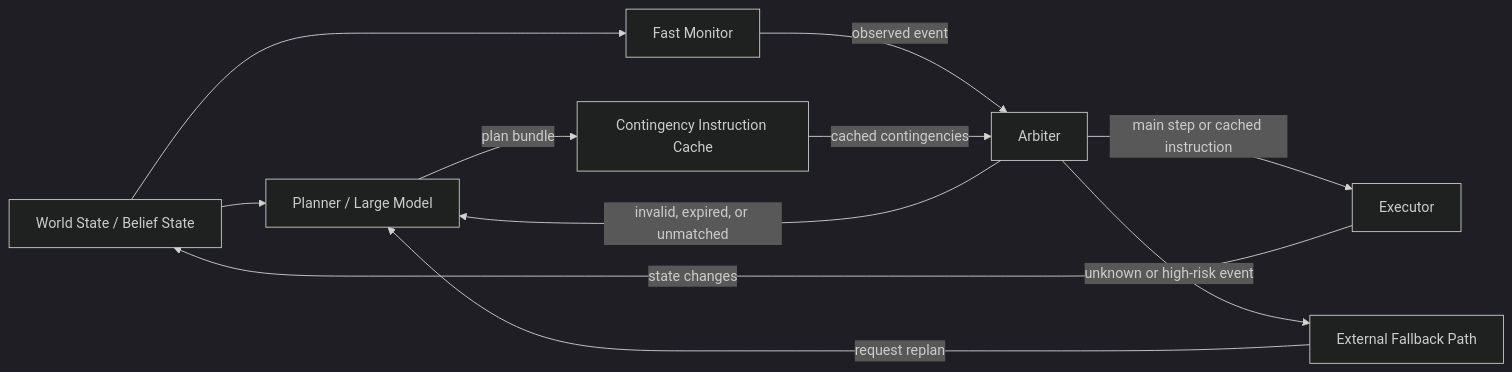
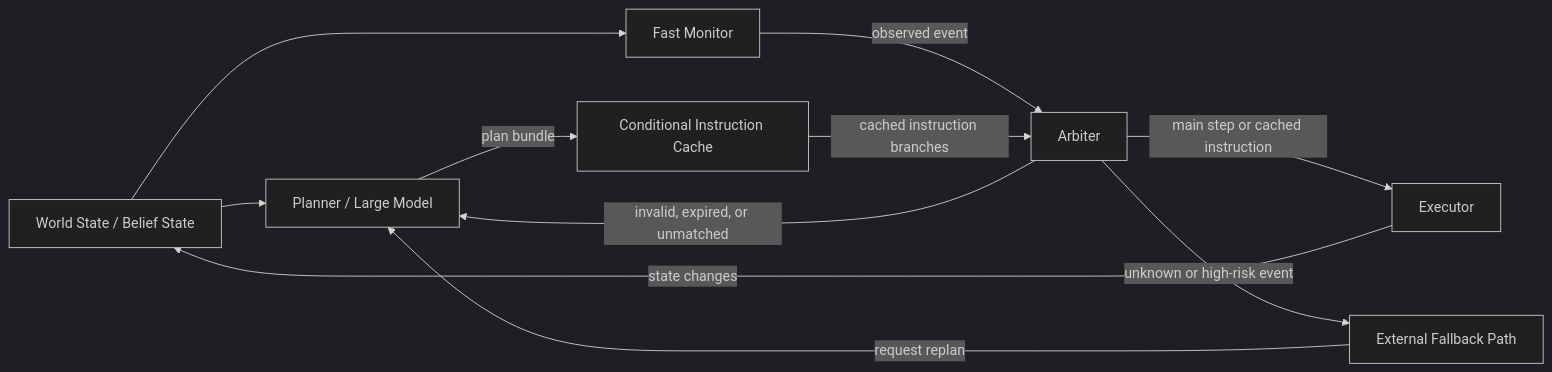
Before and after one commit to qingwuxj/Contingency-Instruction-Cache: the diagram in docs/architecture.md, drawn with Mermaid (dark theme). The commit also changed other lines of this file and 17 other files, not shown here.

Commit message:
rename CIC to Conditional Instruction Cache

````diff
--- a/docs/architecture.md
+++ b/docs/architecture.md
@@ -37,13 +37,13 @@
 ```mermaid
 flowchart LR
     WS["World State / Belief State"] --> PL["Planner / Large Model"]
-    PL -->|plan bundle| CC["Contingency Instruction Cache"]
+    PL -->|plan bundle| CC["Conditional Instruction Cache"]
     WS --> FM["Fast Monitor"]
     FM -->|observed event| AR["Arbiter"]
-    CC -->|cached contingencies| AR
+    CC -->|cached instruction branches| AR
     AR -->|main step or cached instruction| EX["Executor"]
     EX -->|state changes| WS
     AR -->|unknown or high-risk event| SF["External Fallback Path"]
     SF -->|request replan| PL
     AR -->|invalid, expired, or unmatched| PL
 ```
````
